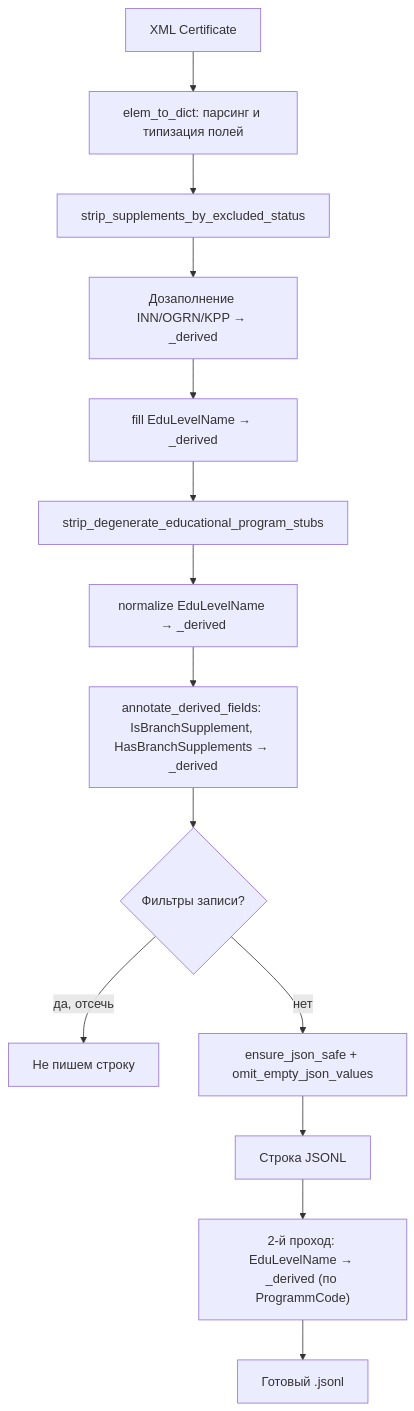
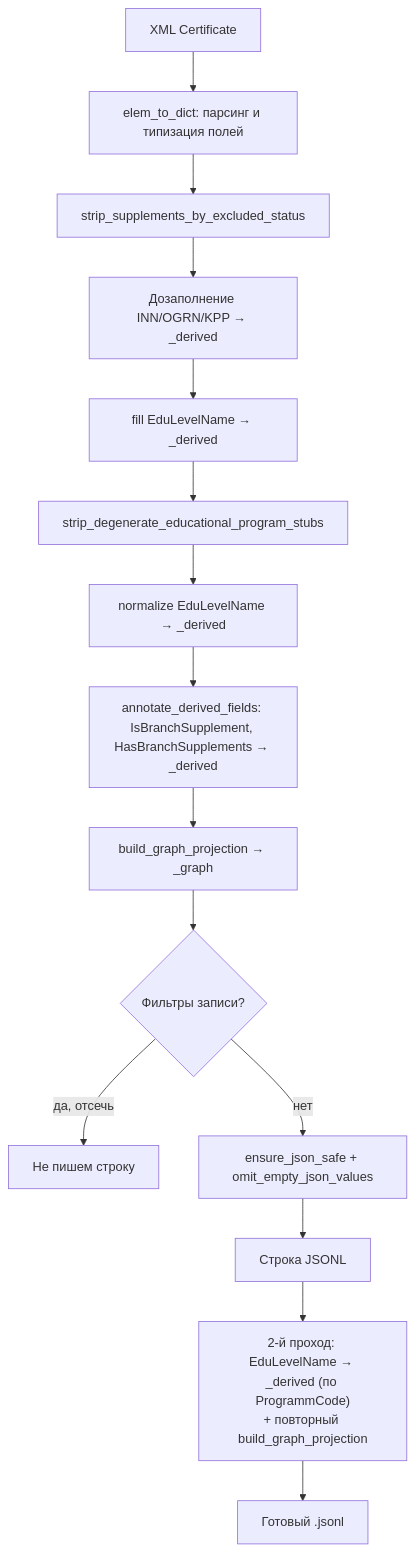
One commit to kscht/accredreestr_converter changed the diagram in docs/convert.md. Above: the diagram before and after it, drawn with Mermaid. The commit also changed other lines of this file and 2 other files, not shown here.

````diff
--- a/docs/convert.md
+++ b/docs/convert.md
@@ -11,16 +11,17 @@
 ```mermaid
 flowchart TD
   XML[XML Certificate] --> Parse[elem_to_dict: парсинг и типизация полей]
   Parse --> StripSup[strip_supplements_by_excluded_status]
   StripSup --> AEO["Дозаполнение INN/OGRN/KPP → _derived"]
   AEO --> EduProg1["fill EduLevelName → _derived"]
   EduProg1 --> StripDeg[strip_degenerate_educational_program_stubs]
   StripDeg --> FZ273["normalize EduLevelName → _derived"]
   FZ273 --> Annotate["annotate_derived_fields: IsBranchSupplement, HasBranchSupplements → _derived"]
-  Annotate --> Filter{Фильтры записи?}
+  Annotate --> Graph["build_graph_projection → _graph"]
+  Graph --> Filter{Фильтры записи?}
   Filter -->|да, отсечь| Skip[Не пишем строку]
   Filter -->|нет| Compact[ensure_json_safe + omit_empty_json_values]
   Compact --> JSONL[Строка JSONL]
-  JSONL --> Pass2["2-й проход: EduLevelName → _derived (по ProgrammCode)"]
+  JSONL --> Pass2["2-й проход: EduLevelName → _derived (по ProgrammCode)\n+ повторный build_graph_projection"]
   Pass2 --> Out[Готовый .jsonl]
 ```
````
